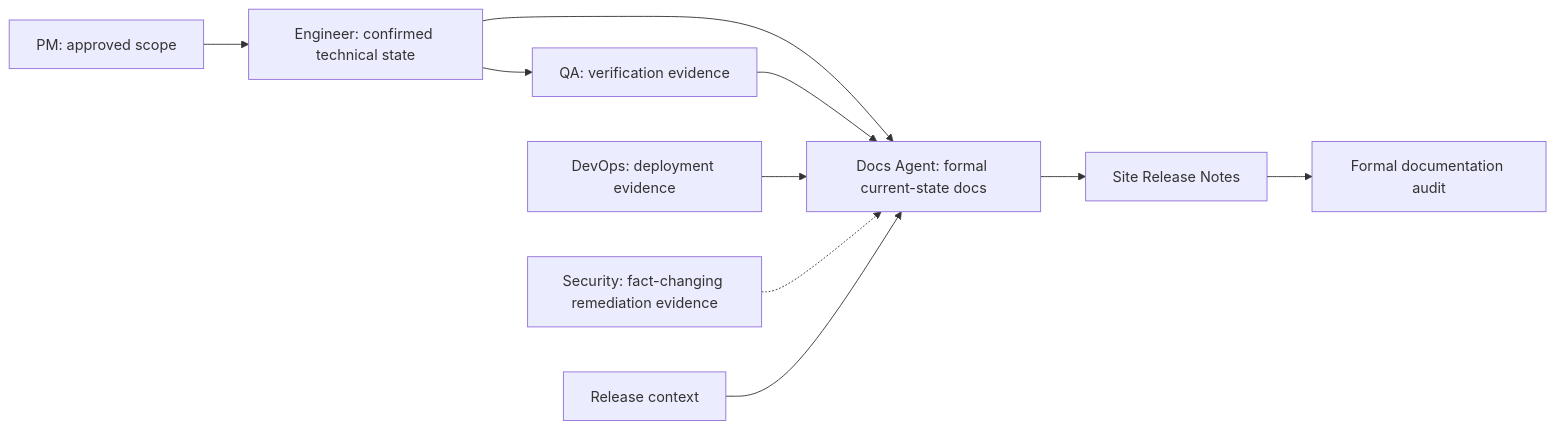
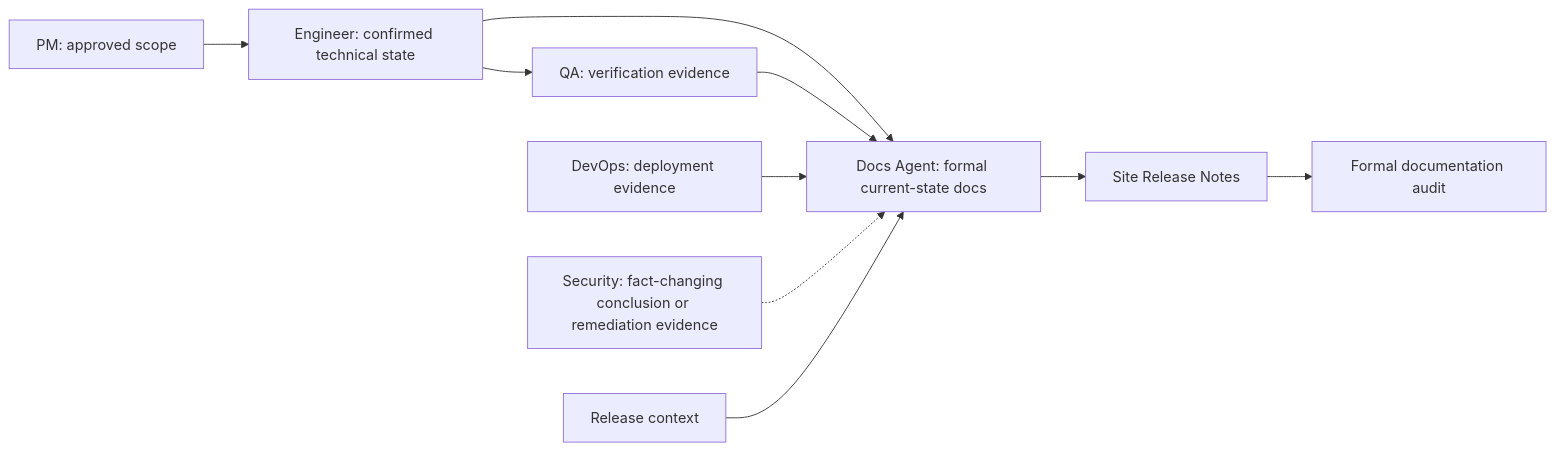
One commit to Neplich/dev-agent-skills changed the diagram in agents/docs/README.md. Above: the diagram before and after it, drawn with Mermaid. The commit also changed other lines of this file and 5 other files, not shown here.

````diff
--- a/agents/docs/README.md
+++ b/agents/docs/README.md
@@ -71,12 +71,12 @@
 ```mermaid
 flowchart LR
     PM["PM: approved scope"] --> Engineer["Engineer: confirmed technical state"]
     Engineer --> QA["QA: verification evidence"]
     Engineer --> Docs["Docs Agent: formal current-state docs"]
     QA --> Docs
     DevOps["DevOps: deployment evidence"] --> Docs
-    Security["Security: fact-changing remediation evidence"] -.-> Docs
+    Security["Security: fact-changing conclusion or remediation evidence"] -.-> Docs
     Release["Release context"] --> Docs
     Docs --> Notes["Site Release Notes"]
     Notes --> Audit["Formal documentation audit"]
 ```
````
